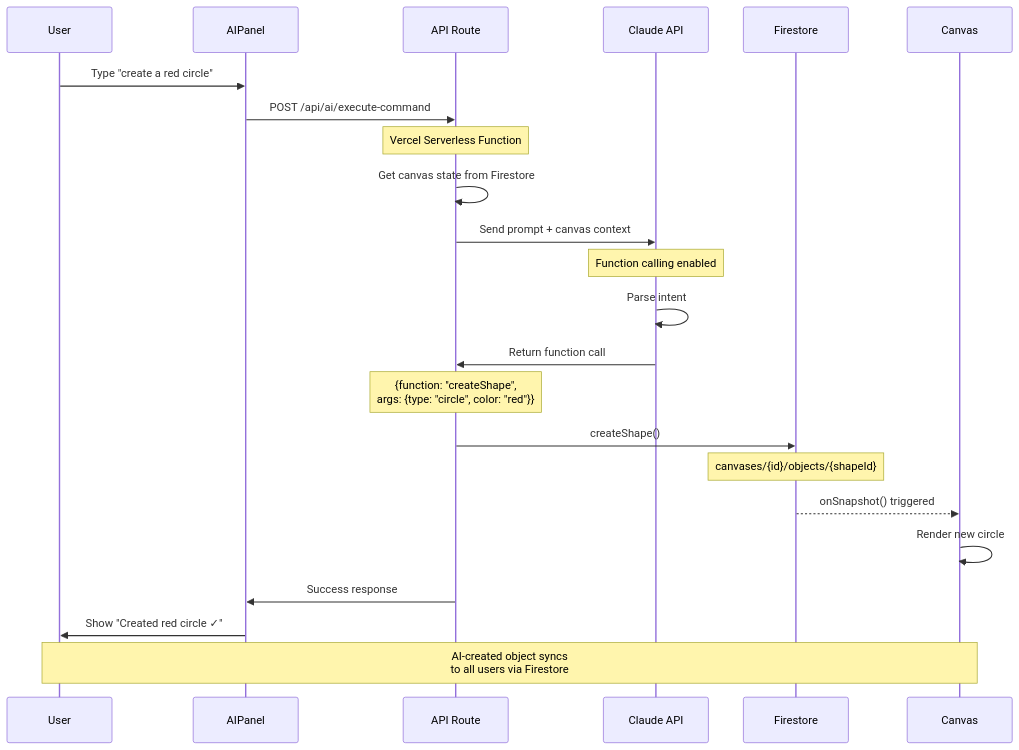
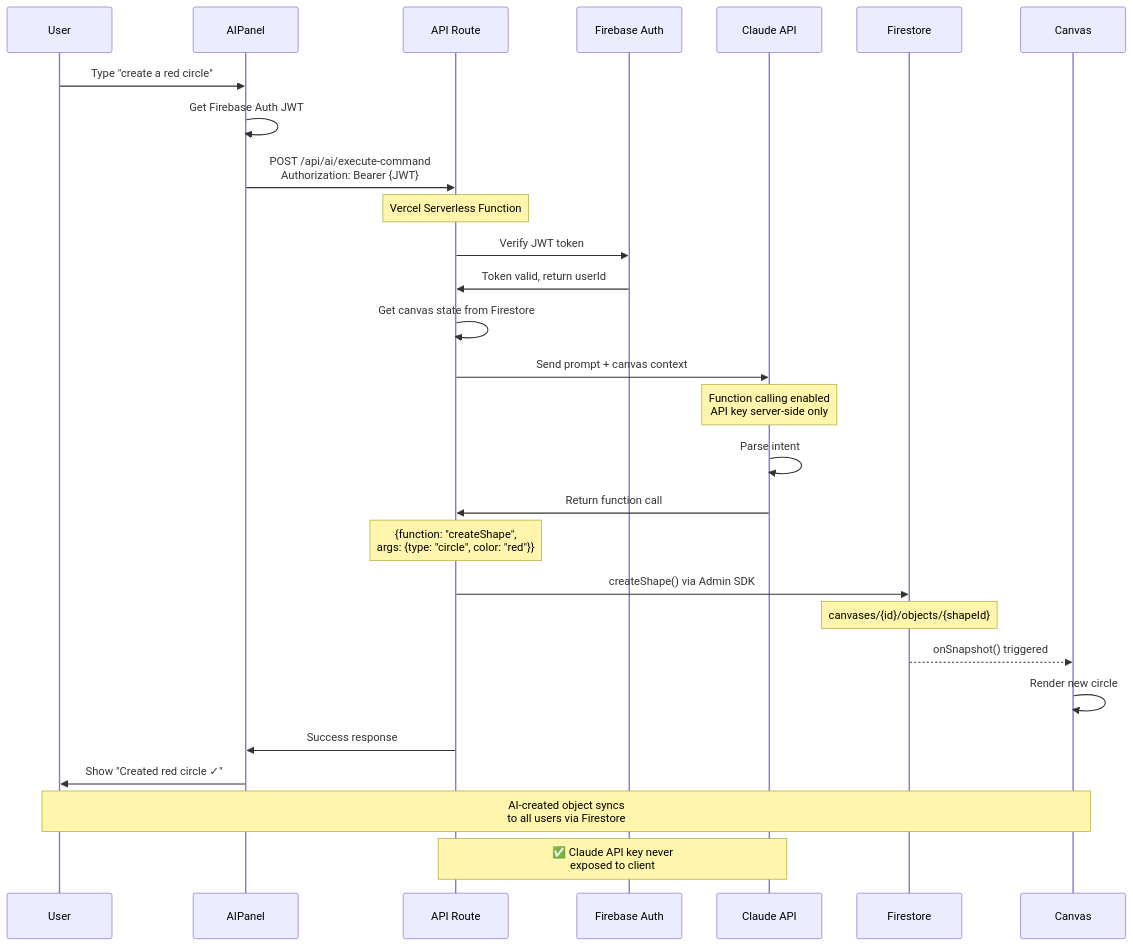
The sixth of 15 diagrams in ARCHITECTURE_DIAGRAMS.md (reena96/Canvisia), drawn with Mermaid before and after one commit. The commit also changed other lines of this file and 3 other files, not shown here.

````diff
--- a/ARCHITECTURE_DIAGRAMS.md
+++ b/ARCHITECTURE_DIAGRAMS.md
@@ -228,32 +228,38 @@
 ```mermaid
 sequenceDiagram
     participant User
     participant AIPanel
     participant API Route
+    participant Firebase Auth
     participant Claude API
     participant Firestore
     participant Canvas
 
     User->>AIPanel: Type "create a red circle"
-    AIPanel->>API Route: POST /api/ai/execute-command
+    AIPanel->>AIPanel: Get Firebase Auth JWT
+    AIPanel->>API Route: POST /api/ai/execute-command<br/>Authorization: Bearer {JWT}
     Note over API Route: Vercel Serverless Function
+
+    API Route->>Firebase Auth: Verify JWT token
+    Firebase Auth->>API Route: Token valid, return userId
 
     API Route->>API Route: Get canvas state from Firestore
     API Route->>Claude API: Send prompt + canvas context
-    Note over Claude API: Function calling enabled
+    Note over Claude API: Function calling enabled<br/>API key server-side only
 
     Claude API->>Claude API: Parse intent
     Claude API->>API Route: Return function call
     Note over API Route: {function: "createShape",<br/>args: {type: "circle", color: "red"}}
 
-    API Route->>Firestore: createShape()
+    API Route->>Firestore: createShape() via Admin SDK
     Note over Firestore: canvases/{id}/objects/{shapeId}
 
     Firestore-->>Canvas: onSnapshot() triggered
     Canvas->>Canvas: Render new circle
 
     API Route->>AIPanel: Success response
     AIPanel->>User: Show "Created red circle ✓"
 
     Note over User,Canvas: AI-created object syncs<br/>to all users via Firestore
+    Note over API Route,Claude API: ✅ Claude API key never<br/>exposed to client
 ```
````
